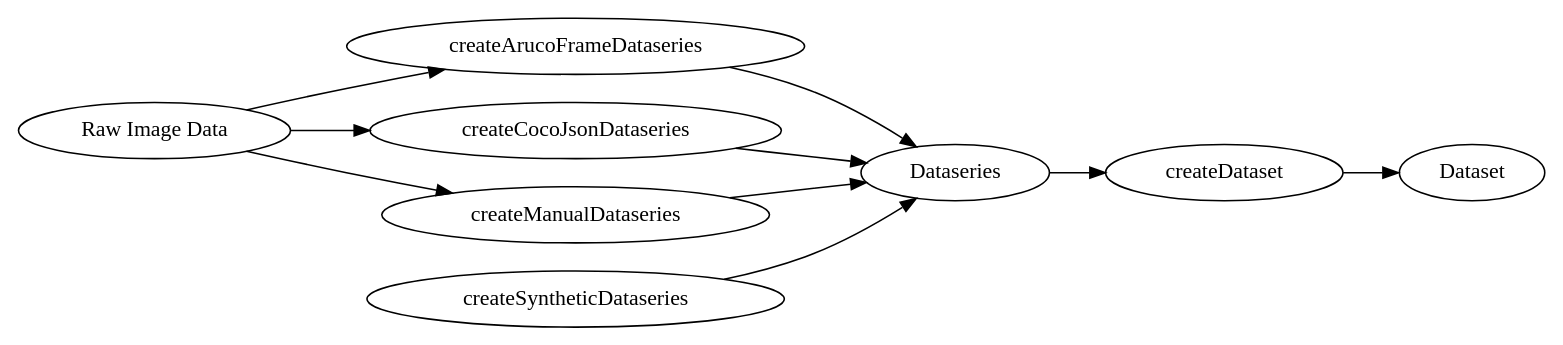
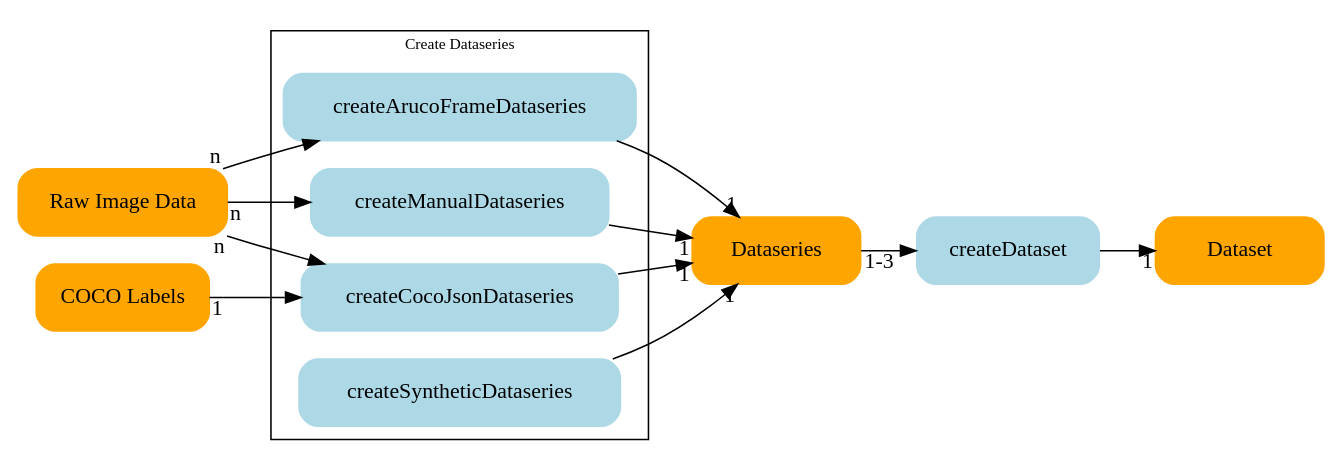
The diagram in thesis/assets/graph/arch_data.dot (jnccd/crystal-marker-detection), drawn with Graphviz before and after one commit.

Commit message:
Fill arch data dot

```diff
--- a/thesis/assets/graph/arch_data.dot
+++ b/thesis/assets/graph/arch_data.dot
@@ -1,21 +1,42 @@
 digraph arch {
     rankdir=LR
+    node [shape=box style="filled,rounded" width=1.5 height=0.6];
+    graph [fontsize=10 compound=true];
     
-    raw_data [label="Raw Image Data"]
+    raw_data [label="Raw Image Data" color=orange]
+    coco_labels [label="COCO Labels" color=orange]
+    Dataseries [color=orange]
+    Dataset [color=orange]
+    createDataset [color=lightblue]
+    
+    # Mark: style="filled,rounded,dashed" fillcolor=lightblue color=red penwidth=3
 
-    raw_data -> createArucoFrameDataseries
-    raw_data -> createCocoJsonDataseries
-    raw_data -> createManualDataseries
-    createSyntheticDataseries
+    subgraph cluster_ds {
+        label = "Create Dataseries";
+        createArucoFrameDataseries [color=lightblue] 
+        createCocoJsonDataseries [color=lightblue]
+        createManualDataseries [color=lightblue]
+        createSyntheticDataseries [color=lightblue]
+        
+        {
+            rank = same;
+            createSyntheticDataseries -> createCocoJsonDataseries -> createManualDataseries -> createArucoFrameDataseries [style=invis]
+        }
+    }
+
+    raw_data -> createArucoFrameDataseries [taillabel="n"]
+    raw_data -> createCocoJsonDataseries [taillabel="n"]
+    raw_data -> createManualDataseries [taillabel="n"]
+    coco_labels -> createCocoJsonDataseries [taillabel="1"]
     
-    {rank=same; createArucoFrameDataseries; createCocoJsonDataseries; createManualDataseries; createSyntheticDataseries;}
+    #{rank=same; createArucoFrameDataseries; createCocoJsonDataseries; createManualDataseries; createSyntheticDataseries;}
 
-    createArucoFrameDataseries -> Dataseries
-    createCocoJsonDataseries -> Dataseries
-    createManualDataseries -> Dataseries
-    createSyntheticDataseries -> Dataseries
+    createArucoFrameDataseries -> Dataseries [headlabel="1"]
+    createCocoJsonDataseries -> Dataseries [headlabel="1"]
+    createManualDataseries -> Dataseries [headlabel="1"]
+    createSyntheticDataseries -> Dataseries [headlabel="1"]
 
-    Dataseries -> createDataset
+    Dataseries -> createDataset [taillabel="1-3"]
 
-    createDataset -> Dataset
+    createDataset -> Dataset [headlabel="1"]
 }
```
